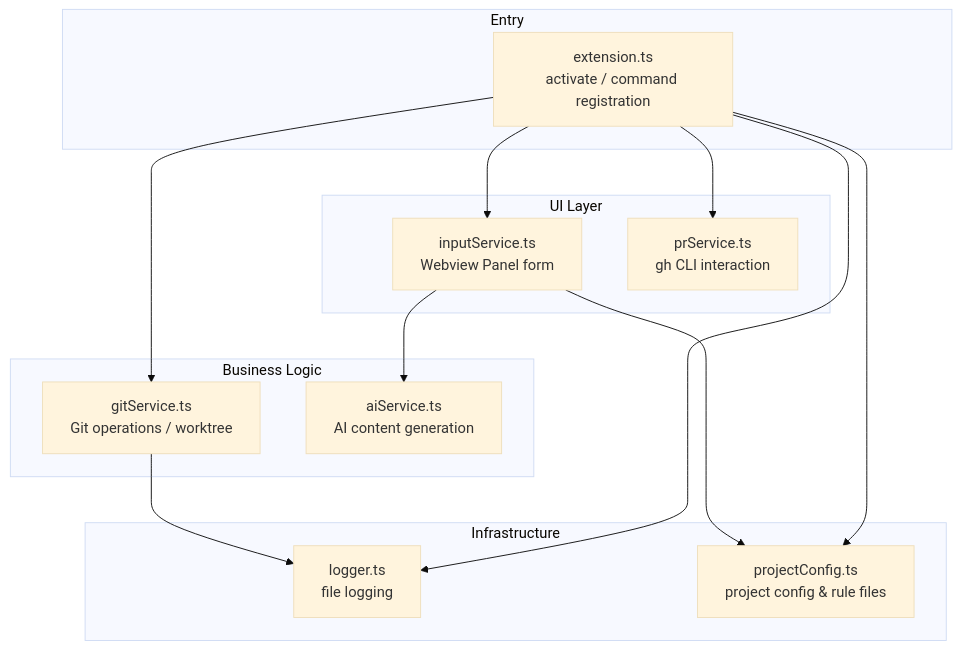
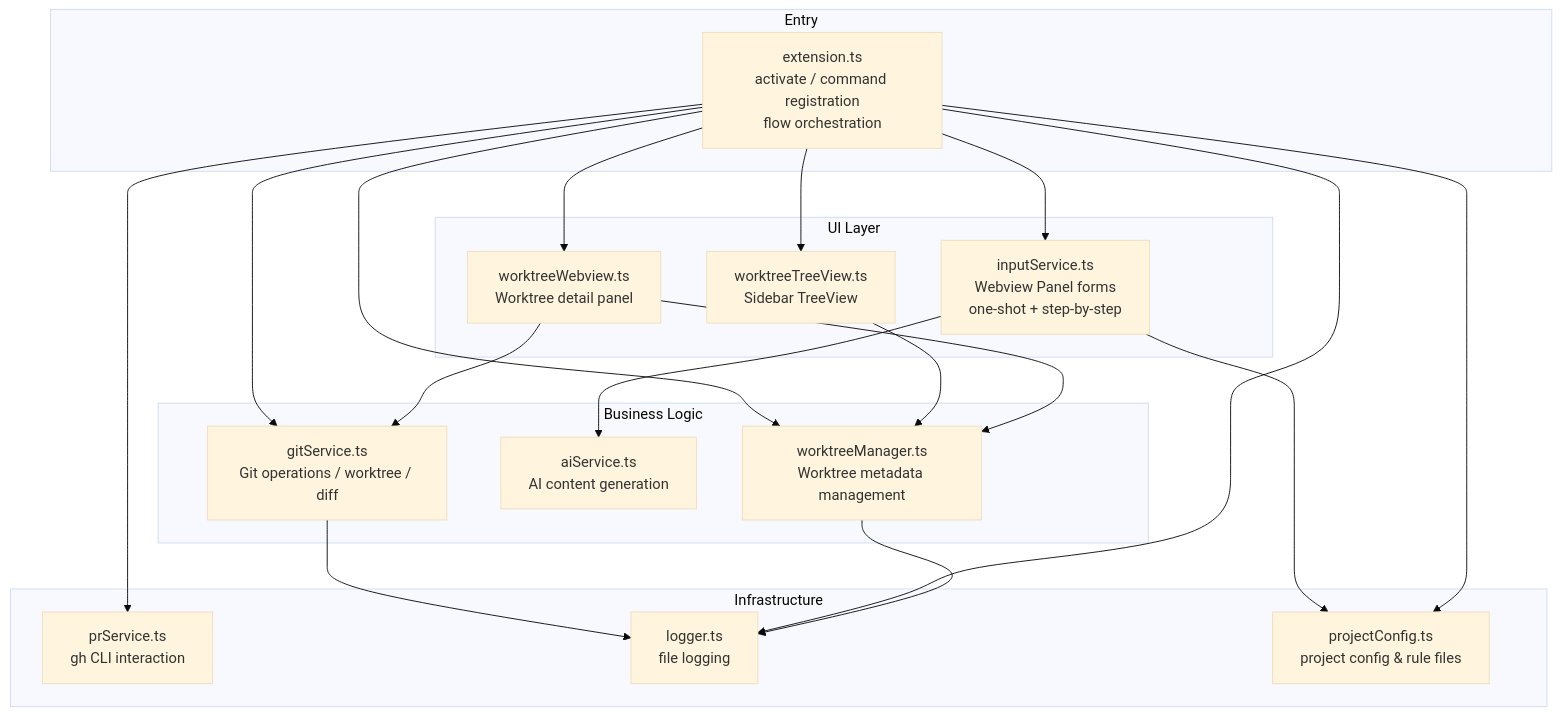
One commit to SunYanbox/quick-pr changed the first of 2 diagrams in implementation-document.md. Above: the diagram before and after it, drawn with Mermaid (base theme). The commit also changed other lines of this file and 1 other file, not shown here.

Commit message:
docs: update implementation guide to reflect step-by-step workflow and TreeView integration

````diff
--- a/implementation-document.md
+++ b/implementation-document.md
@@ -11,30 +11,40 @@
 ```mermaid
 flowchart TD
   subgraph "Entry"
-    A[extension.ts<br/>activate / command registration]
+    A[extension.ts<br/>activate / command registration<br/>flow orchestration]
   end
 
   subgraph "UI Layer"
-    B[inputService.ts<br/>Webview Panel form]
-    C[prService.ts<br/>gh CLI interaction]
+    B[inputService.ts<br/>Webview Panel forms<br/>one-shot + step-by-step]
+    I[worktreeTreeView.ts<br/>Sidebar TreeView]
+    J[worktreeWebview.ts<br/>Worktree detail panel]
   end
 
   subgraph "Business Logic"
-    D[gitService.ts<br/>Git operations / worktree]
+    D[gitService.ts<br/>Git operations / worktree / diff]
     E[aiService.ts<br/>AI content generation]
+    H[worktreeManager.ts<br/>Worktree metadata management]
   end
 
   subgraph "Infrastructure"
+    C[prService.ts<br/>gh CLI interaction]
     F[logger.ts<br/>file logging]
     G[projectConfig.ts<br/>project config & rule files]
   end
 
   A --> B
   A --> C
   A --> D
+  A --> H
+  A --> I
+  A --> J
   B --> E
   B --> G
   D --> F
   A --> F
   A --> G
+  H --> F
+  I --> H
+  J --> D
+  J --> H
 ```
````
